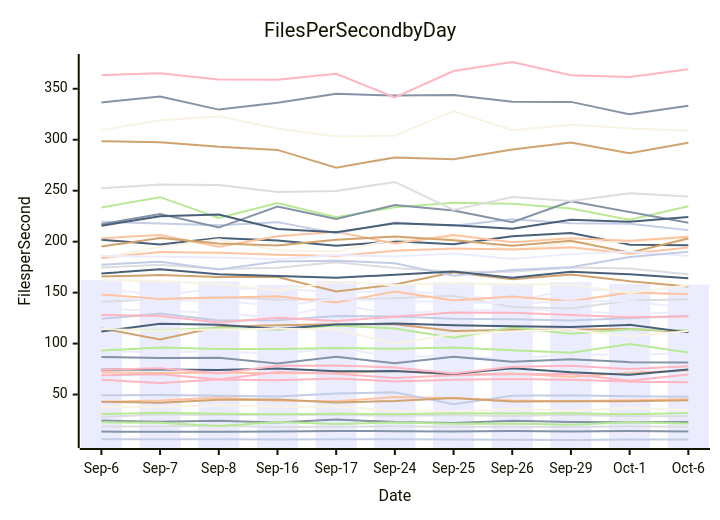
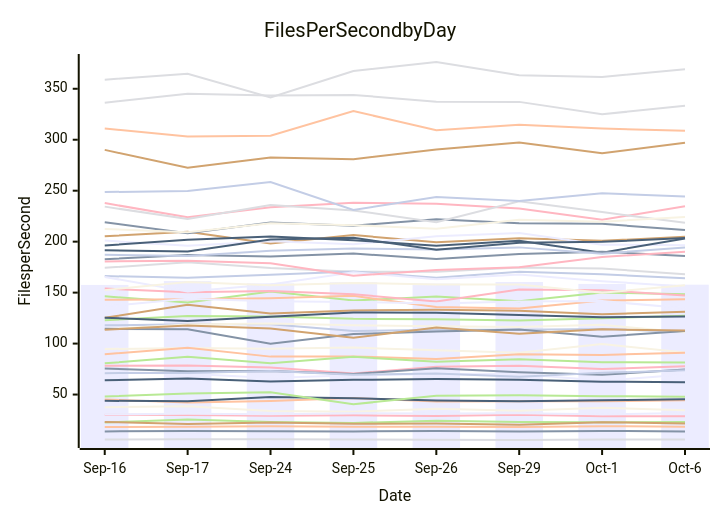
One commit to streetsidesoftware/cspell changed the diagram in perf-report.md. Above: the diagram before and after it, drawn with Mermaid. The commit also changed other lines of this file and 1 other file, not shown here.

````diff
--- a/perf-report.md
+++ b/perf-report.md
@@ -10,57 +10,57 @@
 ```mermaid
 xychart-beta
     title Files Per Second by Day
     y-axis Files per Second
-    x-axis Date [Sep-6, Sep-7, Sep-8, Sep-16, Sep-17, Sep-24, Sep-25, Sep-26, Sep-29, Oct-1, Oct-6]
-    bar [162.34, 161.56, 160.97, 157.55, 161.35, 159.12, 160.20, 158.85, 160.46, 158.54, 157.78]
-    line [24.42, 23.30, 24.35, 22.54, 25.54, 23.00, 22.21, 24.38, 23.05, 22.85, 23.16]
-    line [42.91, 44.10, 47.18, 43.88, 43.41, 47.56, 46.43, 44.28, 43.43, 44.41, 45.48]
-    line [18.65, 18.65, 19.33, 18.07, 18.42, 18.78, 18.52, 18.42, 18.07, 18.99, 18.38]
-    line [22.85, 22.27, 19.18, 23.11, 21.10, 22.62, 21.27, 21.60, 20.47, 22.93, 21.69]
-    line [114.93, 104.04, 116.42, 117.89, 118.96, 119.04, 112.27, 113.64, 113.59, 114.39, 111.42]
-    line [6.20, 6.14, 6.11, 5.78, 6.14, 6.07, 5.98, 5.68, 5.41, 5.92, 6.00]
-    line [64.50, 61.26, 64.86, 63.96, 65.83, 62.91, 64.44, 65.18, 64.56, 62.65, 62.01]
-    line [201.97, 197.12, 203.70, 201.07, 195.90, 200.29, 197.49, 205.32, 208.45, 197.08, 196.39]
-    line [37.82, 37.98, 39.62, 37.64, 38.51, 33.90, 33.12, 36.15, 34.22, 37.04, 34.53]
-    line [133.80, 132.37, 129.87, 125.28, 138.07, 129.51, 132.51, 133.16, 132.31, 128.76, 131.24]
-    line [13.63, 13.57, 13.40, 13.81, 14.35, 14.04, 13.83, 14.23, 13.74, 14.24, 13.86]
-    line [71.94, 71.15, 71.34, 71.01, 71.23, 73.00, 69.32, 70.55, 67.39, 71.27, 73.77]
-    line [174.59, 177.44, 173.15, 174.36, 179.74, 174.18, 170.43, 170.45, 174.63, 173.65, 167.92]
-    line [114.46, 112.83, 115.47, 113.56, 117.79, 114.76, 105.80, 115.76, 109.67, 113.99, 112.94]
-    line [298.52, 297.48, 293.09, 290.03, 272.63, 282.67, 280.96, 290.36, 297.31, 286.74, 296.93]
-    line [124.27, 129.39, 122.55, 122.88, 127.08, 126.63, 124.32, 123.86, 122.76, 124.85, 127.28]
-    line [68.94, 69.89, 64.77, 72.12, 70.50, 66.34, 68.88, 70.01, 70.14, 63.55, 69.72]
-    line [111.85, 119.40, 118.51, 114.20, 118.71, 119.64, 118.05, 116.99, 116.24, 118.39, 111.00]
-    line [184.22, 194.88, 202.40, 191.56, 190.37, 202.02, 203.87, 192.01, 198.88, 199.85, 203.55]
-    line [92.55, 91.52, 92.79, 89.51, 95.95, 87.21, 87.42, 84.85, 89.53, 88.83, 91.13]
-    line [336.60, 342.41, 329.55, 336.36, 345.01, 343.35, 343.97, 337.30, 337.13, 324.92, 333.43]
-    line [203.39, 206.55, 195.11, 205.27, 209.68, 198.18, 206.47, 199.39, 203.39, 200.83, 204.79]
-    line [27.92, 30.43, 29.89, 30.21, 29.92, 29.23, 29.70, 28.98, 30.17, 28.67, 28.81]
-    line [233.61, 243.66, 223.35, 237.82, 223.98, 233.86, 238.09, 237.21, 232.50, 221.42, 234.66]
-    line [195.23, 203.47, 198.25, 196.22, 201.98, 205.02, 201.39, 195.94, 200.94, 189.24, 203.08]
-    line [219.44, 217.73, 216.08, 219.15, 208.36, 218.68, 215.66, 222.06, 218.14, 217.51, 211.32]
-    line [128.13, 127.03, 120.72, 125.41, 122.07, 126.43, 130.53, 130.33, 127.99, 125.90, 126.66]
-    line [74.43, 74.58, 74.02, 75.50, 72.83, 73.03, 70.23, 75.87, 71.80, 69.38, 74.54]
-    line [309.43, 319.09, 322.91, 311.02, 303.26, 304.00, 328.11, 309.34, 314.63, 311.05, 308.73]
-    line [153.87, 147.46, 154.39, 153.96, 150.40, 151.64, 148.32, 141.41, 152.96, 152.29, 147.14]
-    line [217.15, 227.16, 213.82, 234.37, 222.15, 235.99, 230.67, 219.04, 239.66, 229.06, 218.48]
-    line [184.03, 189.81, 189.01, 187.14, 185.91, 190.99, 193.37, 192.37, 194.39, 188.26, 194.31]
-    line [141.02, 143.66, 145.59, 142.94, 143.60, 144.39, 146.81, 135.80, 134.31, 142.24, 143.38]
-    line [30.88, 32.09, 31.08, 30.60, 31.19, 30.72, 31.67, 31.52, 31.59, 30.62, 31.79]
-    line [165.73, 167.27, 165.39, 165.37, 151.18, 158.06, 170.07, 163.11, 167.69, 161.21, 156.12]
-    line [49.35, 49.58, 48.85, 47.97, 51.02, 52.29, 40.48, 48.89, 49.28, 48.37, 47.88]
-    line [363.32, 365.30, 359.11, 358.89, 364.75, 341.57, 367.34, 376.26, 363.37, 361.56, 369.11]
-    line [215.63, 224.82, 226.65, 212.42, 209.15, 217.97, 216.10, 212.71, 221.60, 219.58, 224.28]
-    line [114.35, 112.51, 113.70, 114.44, 114.03, 99.84, 109.30, 111.81, 113.74, 106.75, 112.35]
-    line [186.05, 185.31, 184.47, 182.86, 186.84, 185.48, 188.32, 183.01, 187.77, 190.16, 185.98]
-    line [86.90, 85.78, 86.18, 80.59, 86.98, 80.71, 87.03, 82.08, 84.54, 81.78, 81.41]
-    line [148.18, 143.83, 145.01, 146.41, 140.36, 151.00, 142.17, 146.26, 141.54, 150.02, 148.37]
-    line [252.44, 256.07, 255.58, 248.63, 249.79, 258.60, 231.14, 243.74, 239.90, 247.38, 244.34]
-    line [93.19, 96.28, 94.70, 94.66, 95.59, 94.92, 96.04, 93.49, 90.93, 99.59, 91.34]
-    line [43.01, 41.97, 44.80, 45.26, 42.13, 43.68, 46.57, 43.13, 43.45, 43.36, 44.34]
-    line [177.43, 180.28, 172.77, 180.61, 181.38, 178.77, 166.50, 172.24, 175.00, 184.88, 190.21]
-    line [74.33, 75.84, 70.78, 78.20, 78.52, 76.56, 70.74, 77.36, 78.18, 75.07, 77.78]
-    line [168.71, 172.84, 167.97, 166.22, 164.57, 167.61, 170.71, 164.68, 170.44, 168.02, 164.09]
-    line [162.42, 161.26, 158.45, 152.45, 160.47, 157.19, 159.48, 158.08, 158.04, 149.87, 157.33]
-    line [146.03, 141.67, 142.57, 136.52, 144.05, 141.65, 140.89, 139.38, 141.22, 141.74, 134.66]
+    x-axis Date [Sep-16, Sep-17, Sep-24, Sep-25, Sep-26, Sep-29, Oct-1, Oct-6]
+    bar [157.55, 161.35, 159.12, 160.20, 158.85, 160.46, 158.54, 157.78]
+    line [13.81, 14.35, 14.04, 13.83, 14.23, 13.74, 14.24, 13.86]
+    line [45.26, 42.13, 43.68, 46.57, 43.13, 43.45, 43.36, 44.34]
+    line [5.78, 6.14, 6.07, 5.98, 5.68, 5.41, 5.92, 6.00]
+    line [122.88, 127.08, 126.63, 124.32, 123.86, 122.76, 124.85, 127.28]
+    line [205.27, 209.68, 198.18, 206.47, 199.39, 203.39, 200.83, 204.79]
+    line [117.89, 118.96, 119.04, 112.27, 113.64, 113.59, 114.39, 111.42]
+    line [78.20, 78.52, 76.56, 70.74, 77.36, 78.18, 75.07, 77.78]
+    line [43.88, 43.41, 47.56, 46.43, 44.28, 43.43, 44.41, 45.48]
+    line [94.66, 95.59, 94.92, 96.04, 93.49, 90.93, 99.59, 91.34]
+    line [72.12, 70.50, 66.34, 68.88, 70.01, 70.14, 63.55, 69.72]
+    line [75.50, 72.83, 73.03, 70.23, 75.87, 71.80, 69.38, 74.54]
+    line [18.07, 18.42, 18.78, 18.52, 18.42, 18.07, 18.99, 18.38]
+    line [174.36, 179.74, 174.18, 170.43, 170.45, 174.63, 173.65, 167.92]
+    line [22.54, 25.54, 23.00, 22.21, 24.38, 23.05, 22.85, 23.16]
+    line [125.28, 138.07, 129.51, 132.51, 133.16, 132.31, 128.76, 131.24]
+    line [71.01, 71.23, 73.00, 69.32, 70.55, 67.39, 71.27, 73.77]
+    line [30.21, 29.92, 29.23, 29.70, 28.98, 30.17, 28.67, 28.81]
+    line [63.96, 65.83, 62.91, 64.44, 65.18, 64.56, 62.65, 62.01]
+    line [37.64, 38.51, 33.90, 33.12, 36.15, 34.22, 37.04, 34.53]
+    line [201.07, 195.90, 200.29, 197.49, 205.32, 208.45, 197.08, 196.39]
+    line [219.15, 208.36, 218.68, 215.66, 222.06, 218.14, 217.51, 211.32]
+    line [89.51, 95.95, 87.21, 87.42, 84.85, 89.53, 88.83, 91.13]
+    line [336.36, 345.01, 343.35, 343.97, 337.30, 337.13, 324.92, 333.43]
+    line [146.41, 140.36, 151.00, 142.17, 146.26, 141.54, 150.02, 148.37]
+    line [23.11, 21.10, 22.62, 21.27, 21.60, 20.47, 22.93, 21.69]
+    line [166.22, 164.57, 167.61, 170.71, 164.68, 170.44, 168.02, 164.09]
+    line [237.82, 223.98, 233.86, 238.09, 237.21, 232.50, 221.42, 234.66]
+    line [196.22, 201.98, 205.02, 201.39, 195.94, 200.94, 189.24, 203.08]
+    line [114.20, 118.71, 119.64, 118.05, 116.99, 116.24, 118.39, 111.00]
+    line [30.60, 31.19, 30.72, 31.67, 31.52, 31.59, 30.62, 31.79]
+    line [182.86, 186.84, 185.48, 188.32, 183.01, 187.77, 190.16, 185.98]
+    line [142.94, 143.60, 144.39, 146.81, 135.80, 134.31, 142.24, 143.38]
+    line [234.37, 222.15, 235.99, 230.67, 219.04, 239.66, 229.06, 218.48]
+    line [47.97, 51.02, 52.29, 40.48, 48.89, 49.28, 48.37, 47.88]
+    line [290.03, 272.63, 282.67, 280.96, 290.36, 297.31, 286.74, 296.93]
+    line [187.14, 185.91, 190.99, 193.37, 192.37, 194.39, 188.26, 194.31]
+    line [153.96, 150.40, 151.64, 148.32, 141.41, 152.96, 152.29, 147.14]
+    line [191.56, 190.37, 202.02, 203.87, 192.01, 198.88, 199.85, 203.55]
+    line [212.42, 209.15, 217.97, 216.10, 212.71, 221.60, 219.58, 224.28]
+    line [165.37, 151.18, 158.06, 170.07, 163.11, 167.69, 161.21, 156.12]
+    line [114.44, 114.03, 99.84, 109.30, 111.81, 113.74, 106.75, 112.35]
+    line [311.02, 303.26, 304.00, 328.11, 309.34, 314.63, 311.05, 308.73]
+    line [358.89, 364.75, 341.57, 367.34, 376.26, 363.37, 361.56, 369.11]
+    line [80.59, 86.98, 80.71, 87.03, 82.08, 84.54, 81.78, 81.41]
+    line [113.56, 117.79, 114.76, 105.80, 115.76, 109.67, 113.99, 112.94]
+    line [248.63, 249.79, 258.60, 231.14, 243.74, 239.90, 247.38, 244.34]
+    line [180.61, 181.38, 178.77, 166.50, 172.24, 175.00, 184.88, 190.21]
+    line [125.41, 122.07, 126.43, 130.53, 130.33, 127.99, 125.90, 126.66]
+    line [152.45, 160.47, 157.19, 159.48, 158.08, 158.04, 149.87, 157.33]
+    line [136.52, 144.05, 141.65, 140.89, 139.38, 141.22, 141.74, 134.66]
 ```
````
